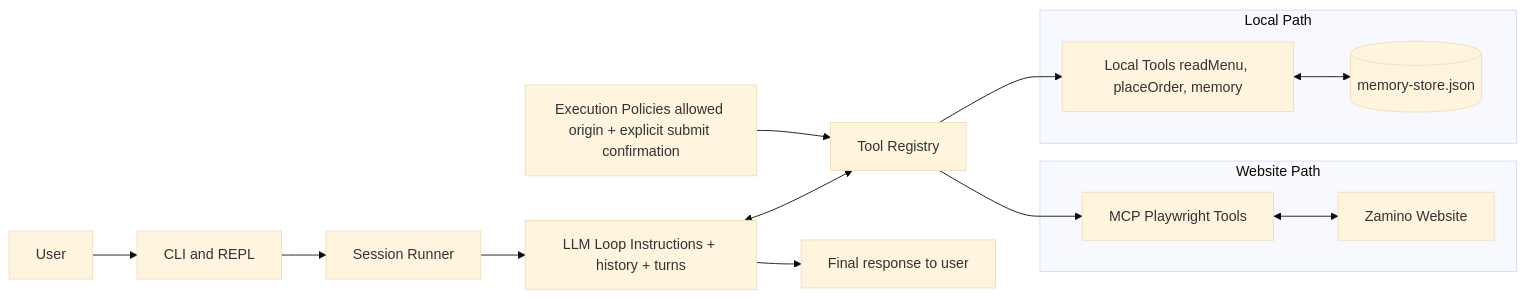
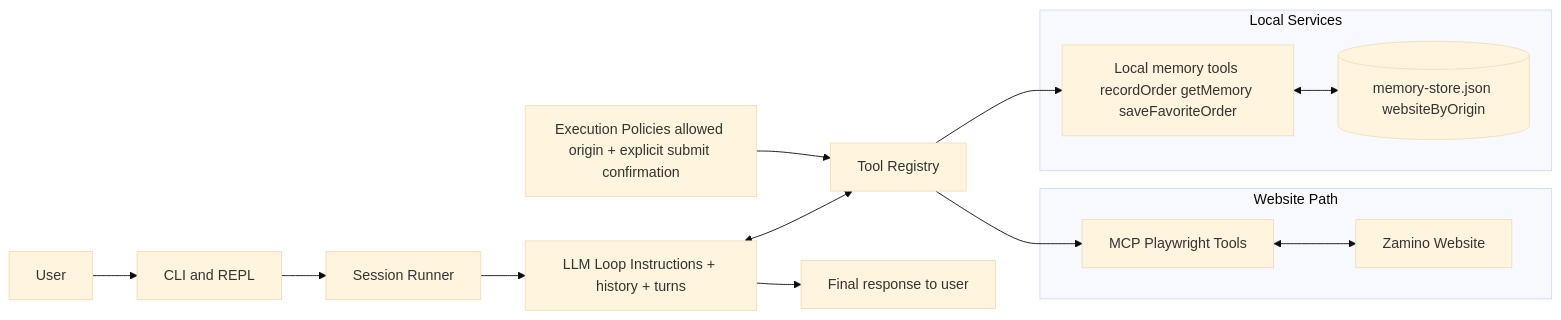
One commit to software-trizzey/za changed the diagram in README.md. Above: the diagram before and after it, drawn with Mermaid (base theme). The commit also changed other lines of this file and 35 other files, not shown here.

````diff
--- a/README.md
+++ b/README.md
@@ -24,20 +24,20 @@
 ```mermaid
 flowchart LR
- subgraph subGraph0["Local Path"]
-        L1["Local Tools readMenu, placeOrder, memory"]
-        L2[("memory-store.json")]
+ subgraph subGraph0["Local Services"]
+        L1["Local memory tools recordOrder getMemory saveFavoriteOrder"]
+        L2[("memory-store.json websiteByOrigin")]
   end
  subgraph subGraph1["Website Path"]
         W1["MCP Playwright Tools"]
         W2["Zamino Website"]
   end
     L1 <--> L2
     W1 <--> W2
     U["User"] --> C["CLI and REPL"]
     C --> S["Session Runner"]
     S --> M["LLM Loop Instructions + history + turns"]
     M <--> T["Tool Registry"]
     T --> L1 & W1
     G["Execution Policies allowed origin + explicit submit confirmation"] --> T
     M --> R["Final response to user"]
 ```
````
